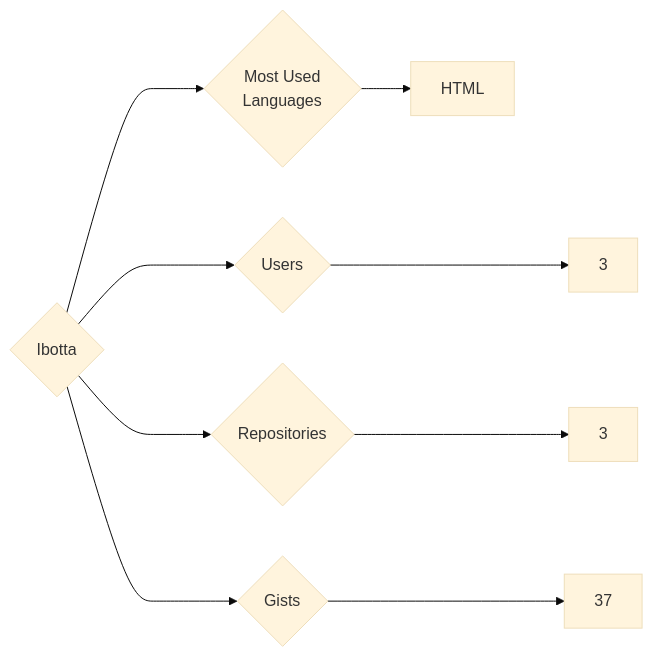
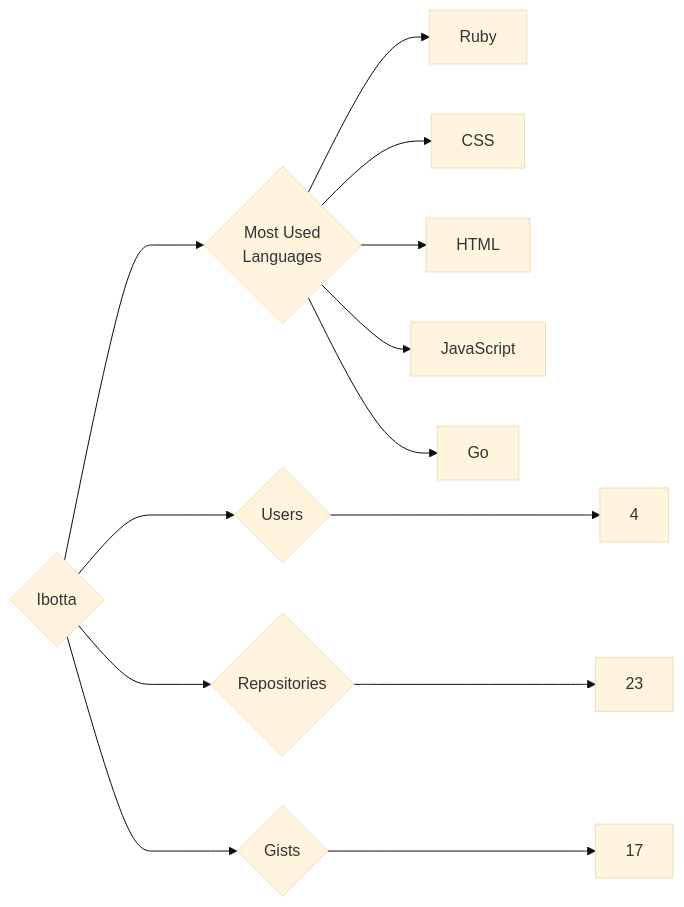
One commit to trickest/insiders changed the diagram in targets/Ibotta/README.md. Above: the diagram before and after it, drawn with Mermaid (base theme). The commit also changed 776 other files, not shown here.

````diff
--- a/targets/Ibotta/README.md
+++ b/targets/Ibotta/README.md
@@ -3,9 +3,13 @@
 ```mermaid
 graph LR
 COMPANY_NAME{Ibotta}
-COMPANY_NAME ---> U{Users} ---> UN[3]
-COMPANY_NAME ---> R{Repositories} ---> RN[3]
-COMPANY_NAME ---> G{Gists} ---> GN[37]
+COMPANY_NAME ---> U{Users} ---> UN[4]
+COMPANY_NAME ---> R{Repositories} ---> RN[23]
+COMPANY_NAME ---> G{Gists} ---> GN[17]
 COMPANY_NAME ---> ML{Most Used<br>Languages}
+ML --> Ruby[Ruby]
+ML --> CSS[CSS]
 ML --> HTML[HTML]
+ML --> JavaScript[JavaScript]
+ML --> Go[Go]
 ```
````
